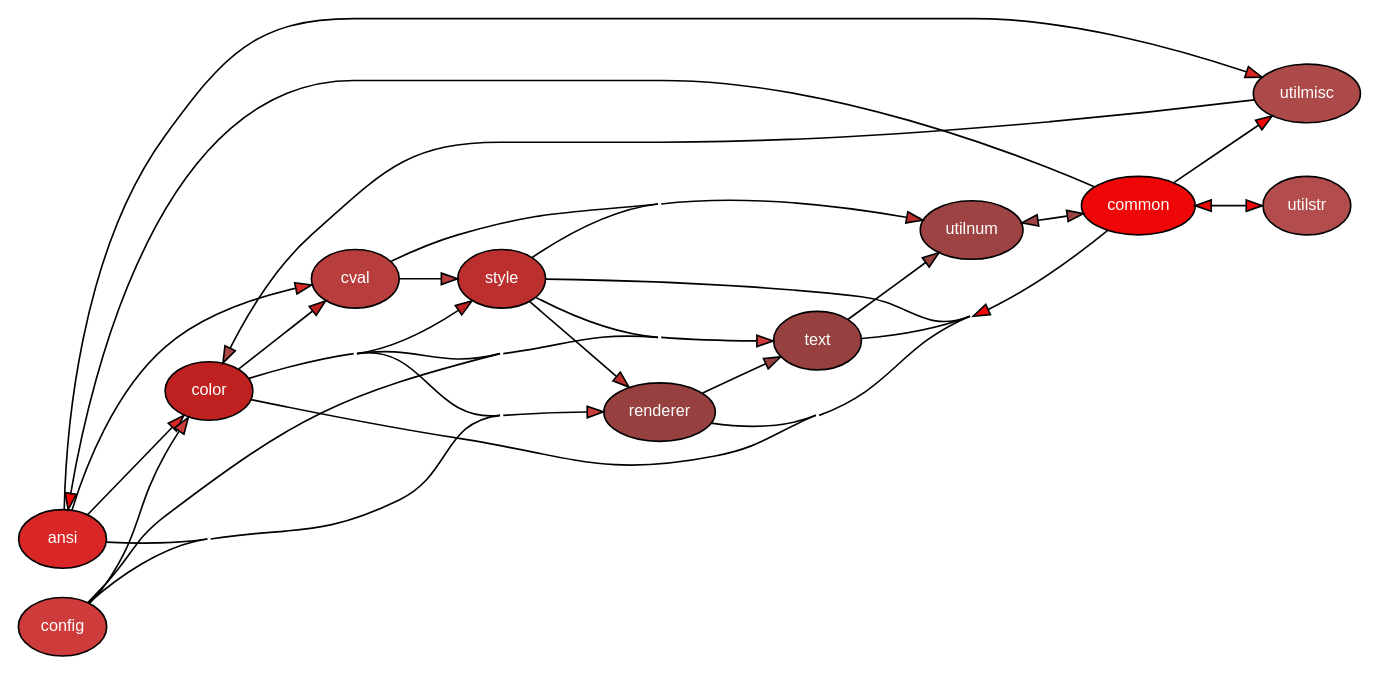
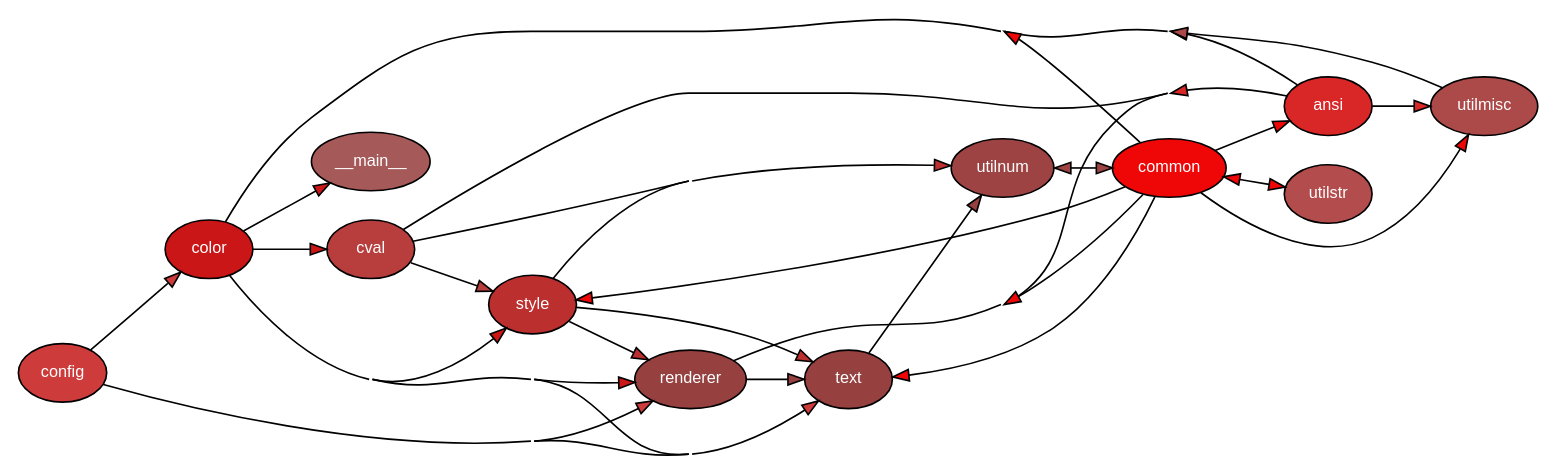
Before and after one commit to delameter/pytermor: the diagram in docs/_generated/module.dot, drawn with Graphviz. The commit also changed 26 other files, not shown here.

```diff
--- a/docs/_generated/module.dot
+++ b/docs/_generated/module.dot
@@ -1,48 +1,50 @@
 
 digraph G {
     concentrate = true;
 
     rankdir = LR;
     node [style=filled,fillcolor="#ffffff",fontcolor="#000000",fontname=Helvetica,fontsize=10];
 
+    pytermor___main__ [fillcolor="#a65959",fontcolor="#ffffff",label="__main__"];
     pytermor_ansi [fillcolor="#d92626",fontcolor="#ffffff",label="ansi"];
-    pytermor_color [fillcolor="#bf2121",fontcolor="#ffffff",label="color"];
+    pytermor_color [fillcolor="#ca1616",fontcolor="#ffffff",label="color"];
     pytermor_common [fillcolor="#ef0606",fontcolor="#ffffff",label="common"];
     pytermor_config [fillcolor="#ce3b3b",fontcolor="#ffffff",label="config"];
     pytermor_cval [fillcolor="#b83d3d",fontcolor="#ffffff",label="cval"];
     pytermor_renderer [fillcolor="#964040",fontcolor="#ffffff",label="renderer"];
     pytermor_style [fillcolor="#bc2f2f",fontcolor="#ffffff",label="style"];
     pytermor_text [fillcolor="#964040",fontcolor="#ffffff",label="text"];
     pytermor_utilmisc [fillcolor="#ac4949",fontcolor="#ffffff",label="utilmisc"];
     pytermor_utilnum [fillcolor="#9d4343",fontcolor="#ffffff",label="utilnum"];
     pytermor_utilstr [fillcolor="#b34c4c",fontcolor="#ffffff",label="utilstr"];
     pytermor_ansi -> pytermor_color [fillcolor="#d92626"];
     pytermor_ansi -> pytermor_cval [fillcolor="#d92626"];
     pytermor_ansi -> pytermor_renderer [fillcolor="#d92626"];
     pytermor_ansi -> pytermor_utilmisc [fillcolor="#d92626"];
-    pytermor_color -> pytermor_cval [fillcolor="#bf2121"];
-    pytermor_color -> pytermor_renderer [fillcolor="#bf2121"];
-    pytermor_color -> pytermor_style [fillcolor="#bf2121"];
-    pytermor_color -> pytermor_text [fillcolor="#bf2121"];
+    pytermor_color -> pytermor___main__ [fillcolor="#ca1616"];
+    pytermor_color -> pytermor_cval [fillcolor="#ca1616"];
+    pytermor_color -> pytermor_renderer [fillcolor="#ca1616"];
+    pytermor_color -> pytermor_style [fillcolor="#ca1616"];
+    pytermor_color -> pytermor_text [fillcolor="#ca1616"];
     pytermor_common -> pytermor_ansi [fillcolor="#ef0606"];
     pytermor_common -> pytermor_color [fillcolor="#ef0606"];
     pytermor_common -> pytermor_renderer [fillcolor="#ef0606"];
     pytermor_common -> pytermor_style [fillcolor="#ef0606"];
     pytermor_common -> pytermor_text [fillcolor="#ef0606"];
     pytermor_common -> pytermor_utilmisc [fillcolor="#ef0606"];
     pytermor_common -> pytermor_utilnum [fillcolor="#ef0606"];
     pytermor_common -> pytermor_utilstr [fillcolor="#ef0606"];
     pytermor_config -> pytermor_color [fillcolor="#ce3b3b"];
     pytermor_config -> pytermor_renderer [fillcolor="#ce3b3b"];
     pytermor_config -> pytermor_text [fillcolor="#ce3b3b"];
     pytermor_cval -> pytermor_style [fillcolor="#b83d3d"];
     pytermor_cval -> pytermor_utilnum [fillcolor="#b83d3d"];
     pytermor_renderer -> pytermor_text [fillcolor="#964040"];
     pytermor_style -> pytermor_renderer [fillcolor="#bc2f2f"];
     pytermor_style -> pytermor_text [fillcolor="#bc2f2f"];
     pytermor_style -> pytermor_utilnum [fillcolor="#bc2f2f"];
     pytermor_text -> pytermor_utilnum [fillcolor="#964040"];
     pytermor_utilmisc -> pytermor_color [fillcolor="#ac4949"];
     pytermor_utilnum -> pytermor_common [fillcolor="#9d4343"];
     pytermor_utilstr -> pytermor_common [fillcolor="#b34c4c"];
 }
```
